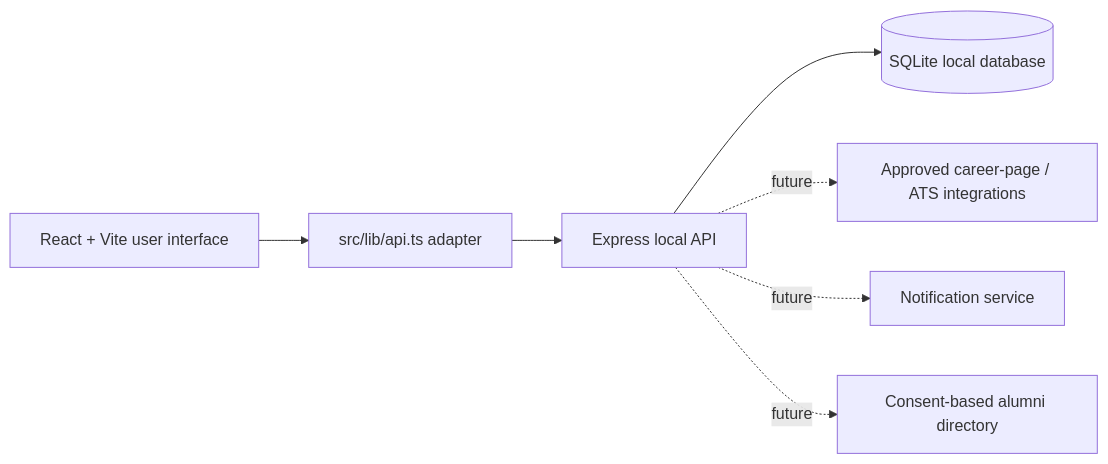
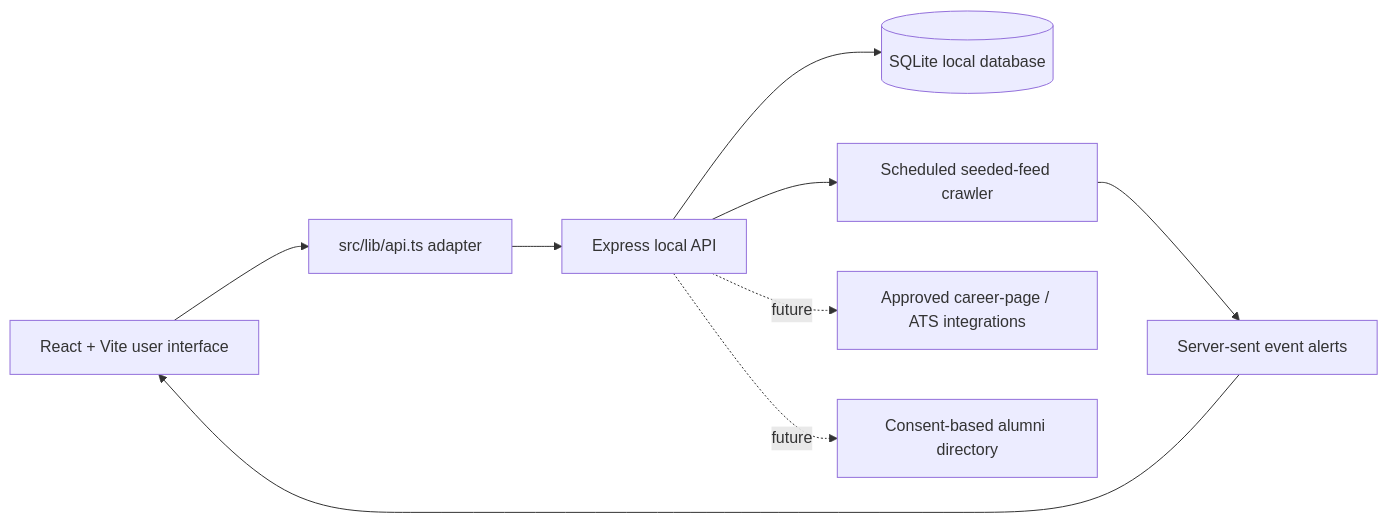
The diagram in README.md (Amarkumar30/Pratham), drawn with Mermaid before and after one commit. The commit also changed other lines of this file and 24 other files, not shown here.

````diff
--- a/README.md
+++ b/README.md
@@ -16,9 +16,11 @@
 ```mermaid
 flowchart LR
   UI[React + Vite user interface] --> Adapter[src/lib/api.ts adapter]
   Adapter --> API[Express local API]
   API --> DB[(SQLite local database)]
+  API --> Crawler[Scheduled seeded-feed crawler]
+  Crawler --> SSE[Server-sent event alerts]
+  SSE --> UI
   API -. future .-> ATS[Approved career-page / ATS integrations]
-  API -. future .-> Notify[Notification service]
   API -. future .-> Alumni[Consent-based alumni directory]
 ```
````
